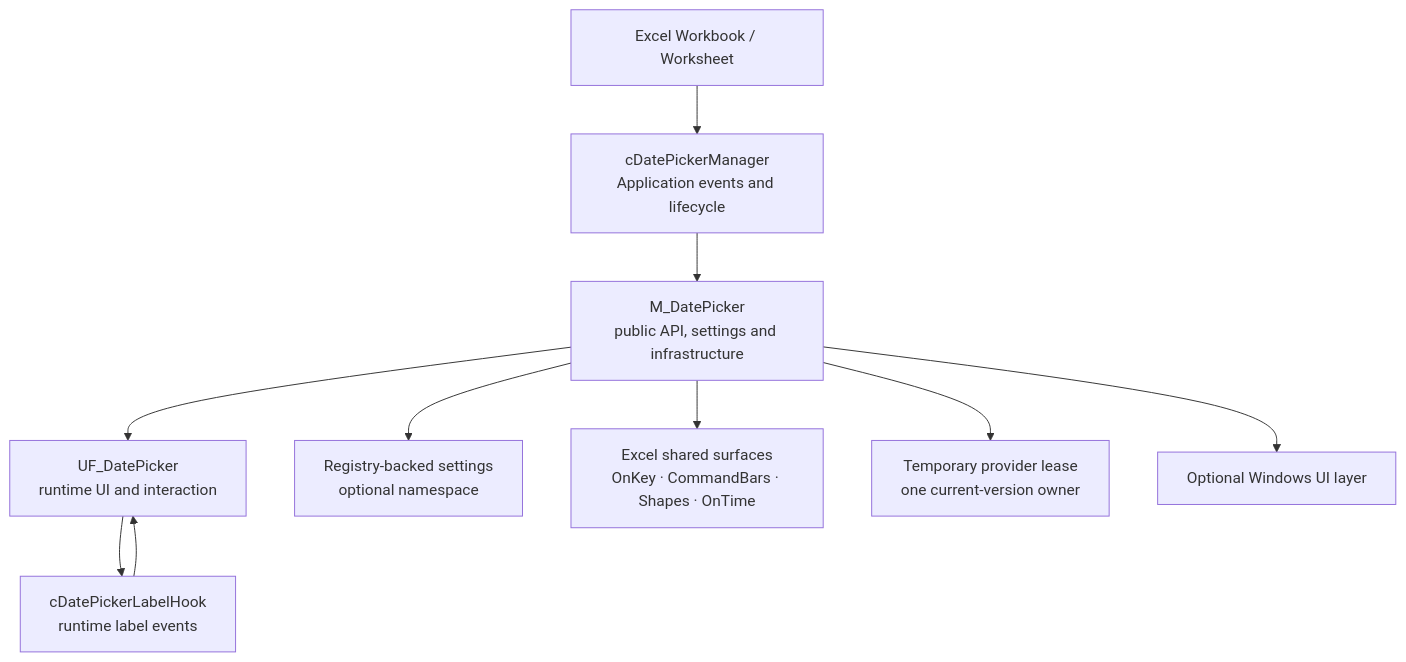
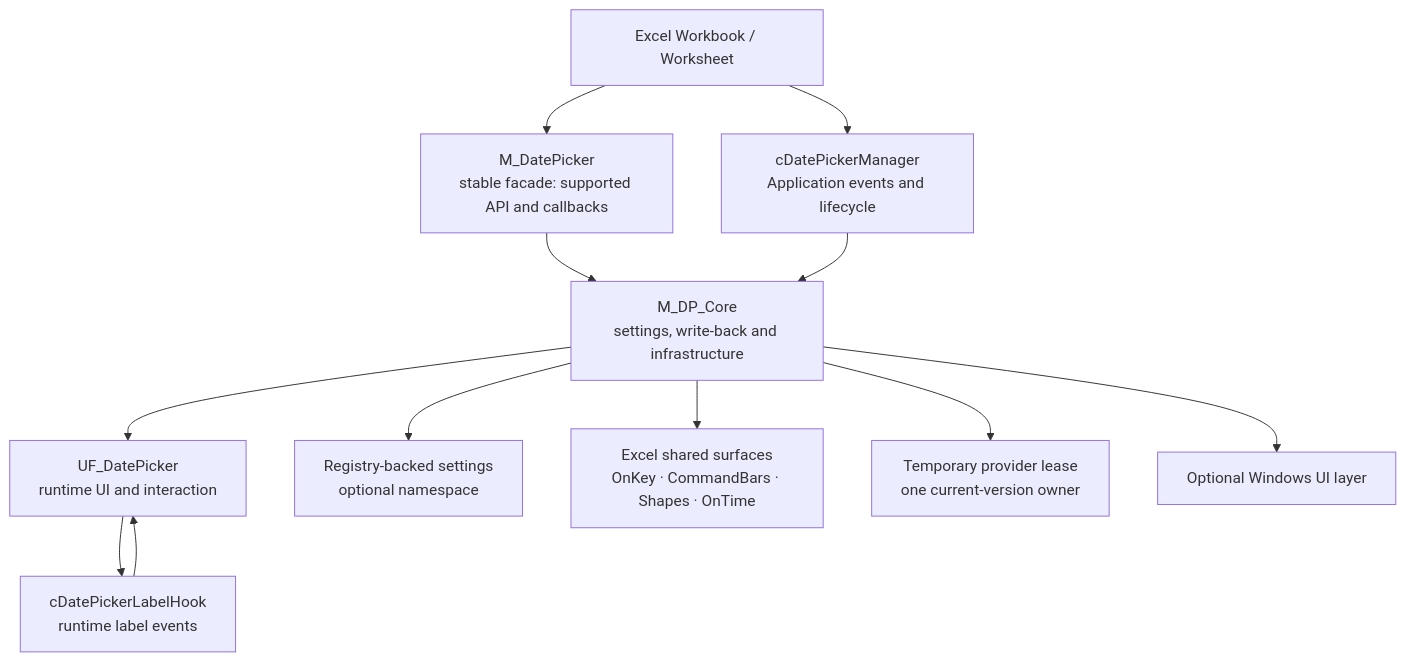
One commit to danielep71/VBA-DATETIMEPICKER changed the diagram in README.md. Above: the diagram before and after it, drawn with Mermaid. The commit also changed other lines of this file and 6 other files, not shown here.

````diff
--- a/README.md
+++ b/README.md
@@ -1098,22 +1110,25 @@
 ```mermaid
 flowchart TD
     EXCEL[Excel Workbook / Worksheet]
     MANAGER[cDatePickerManager<br/>Application events and lifecycle]
-    MODULE[M_DatePicker<br/>public API, settings and infrastructure]
+    FACADE[M_DatePicker<br/>stable facade: supported API and callbacks]
+    MODULE[M_DP_Core<br/>settings, write-back and infrastructure]
     FORM[UF_DatePicker<br/>runtime UI and interaction]
     HOOKS[cDatePickerLabelHook<br/>runtime label events]
     SETTINGS[Registry-backed settings<br/>optional namespace]
     SURFACES[Excel shared surfaces<br/>OnKey · CommandBars · Shapes · OnTime]
     LEASE[Temporary provider lease<br/>one current-version owner]
     WINAPI[Optional Windows UI layer]
 
     EXCEL --> MANAGER
+    EXCEL --> FACADE
+    FACADE --> MODULE
     MANAGER --> MODULE
     MODULE --> FORM
     FORM --> HOOKS
     HOOKS --> FORM
     MODULE --> SETTINGS
     MODULE --> SURFACES
     MODULE --> LEASE
     MODULE --> WINAPI
 ```
````
